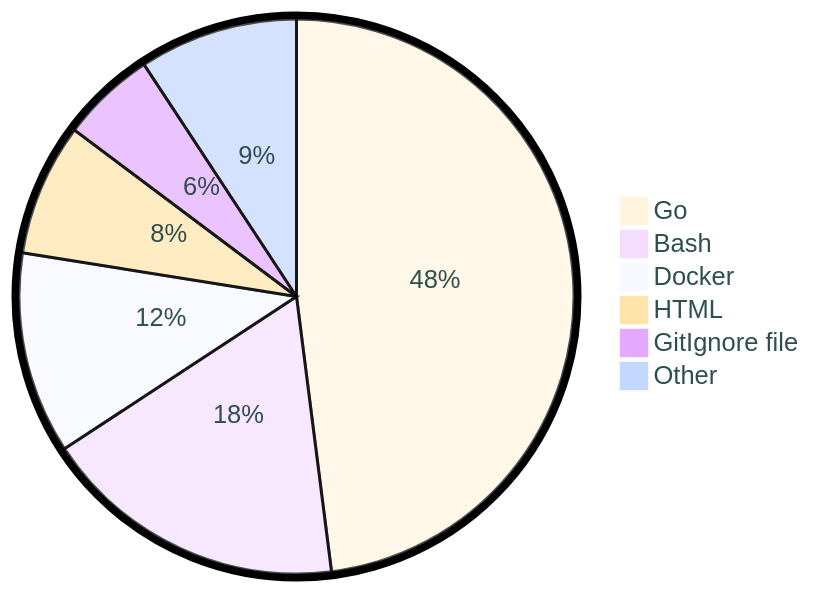
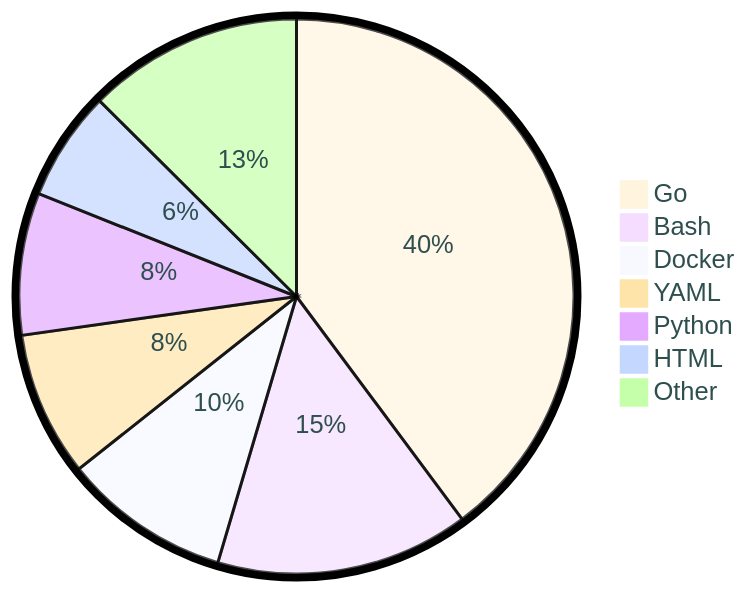
One commit to tot0p/tot0p changed the diagram in README.md. Above: the diagram before and after it, drawn with Mermaid. The commit also changed other lines of this file, not shown here.

````diff
--- a/README.md
+++ b/README.md
@@ -80,10 +81,11 @@
 ```mermaid
 %%{init: {"pie": {"textPosition": 0.5}, "themeVariables": {"pieOuterStrokeWidth": "5px","primaryTextColor" : "#2F4F4F"},"theme":"base"} }%%
 pie
-	"Go": 47.98
-	"Bash": 17.77
-	"Docker": 11.76
-	"HTML": 7.72
-	"GitIgnore file": 5.51
-	"Other": 9.25
+	"Go": 39.83
+	"Bash": 14.75
+	"Docker": 9.76
+	"YAML": 8.43
+	"Python": 8.28
+	"HTML": 6.41
+	"Other": 12.55
 ```
````
